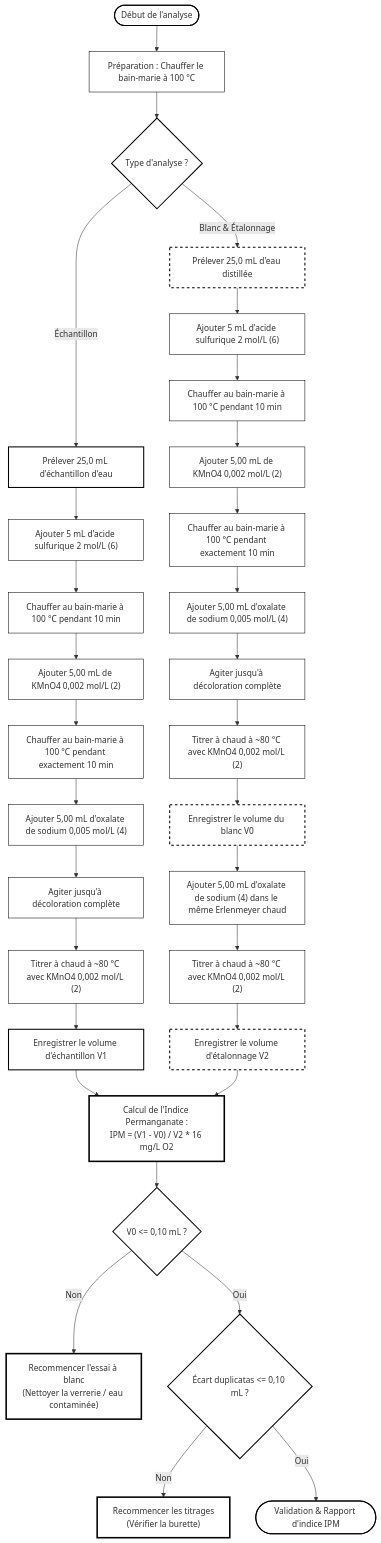
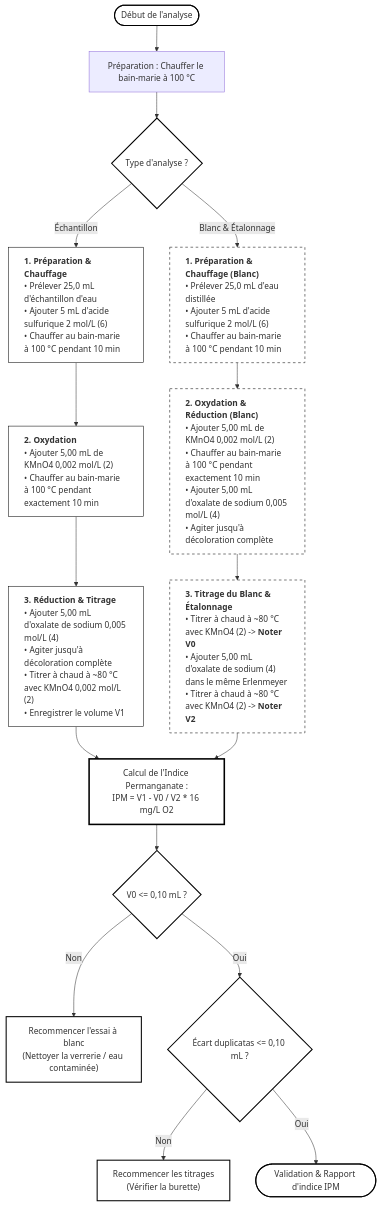
One commit to Abdssamie/Internship-PFA changed the diagram in 02_Determination_Indice_Permanganate/protocole/flowchart_permanganate.md. Above: the diagram before and after it, drawn with Mermaid. The commit also changed 5 other files, not shown here.

Commit message:
docs: add flowchart for Mohr chloride determination and update existing flowcharts/references

````diff
--- a/02_Determination_Indice_Permanganate/protocole/flowchart_permanganate.md
+++ b/02_Determination_Indice_Permanganate/protocole/flowchart_permanganate.md
@@ -5,81 +5,44 @@
 ```mermaid
 graph TD
     %% Organigramme
-    Start(["Début de l'analyse"]) --> Prep["Préparation : Chauffer le bain-marie à 100 °C"]
-    Prep --> Dispatch{"Type d'analyse ?"}
+    Start([Début de l'analyse]) --> Prep[Préparation : Chauffer le bain-marie à 100 °C]
+    Prep --> Dispatch{Type d'analyse ?}
 
     %% --- CHEMIN A : ÉCHANTILLON ---
-    Dispatch -->|Échantillon| A1["Prélever 25,0 mL d'échantillon d'eau"]
-    A1 --> A2["Ajouter 5 mL d'acide sulfurique 2 mol/L (6)"]
-    A2 --> A3["Chauffer au bain-marie à 100 °C pendant 10 min"]
-    A3 --> A4["Ajouter 5,00 mL de KMnO4 0,002 mol/L (2)"]
-    A4 --> A5["Chauffer au bain-marie à 100 °C pendant exactement 10 min"]
-    A5 --> A6["Ajouter 5,00 mL d'oxalate de sodium 0,005 mol/L (4)"]
-    A6 --> A7["Agiter jusqu'à décoloration complète"]
-    A7 --> A8["Titrer à chaud à ~80 °C avec KMnO4 0,002 mol/L (2)"]
-    A8 --> A9["Enregistrer le volume d'échantillon V1"]
+    Dispatch -->|Échantillon| A1["<b>1. Préparation & Chauffage</b><br>• Prélever 25,0 mL d'échantillon d'eau<br>• Ajouter 5 mL d'acide sulfurique 2 mol/L (6)<br>• Chauffer au bain-marie à 100 °C pendant 10 min"]
+    A1 --> A2["<b>2. Oxydation</b><br>• Ajouter 5,00 mL de KMnO4 0,002 mol/L (2)<br>• Chauffer au bain-marie à 100 °C pendant exactement 10 min"]
+    A2 --> A3["<b>3. Réduction & Titrage</b><br>• Ajouter 5,00 mL d'oxalate de sodium 0,005 mol/L (4)<br>• Agiter jusqu'à décoloration complète<br>• Titrer à chaud à ~80 °C avec KMnO4 0,002 mol/L (2)<br>• Enregistrer le volume V1"]
 
     %% --- CHEMIN B : ESSAI À BLANC & ÉTALONNAGE ---
-    Dispatch -->|Blanc & Étalonnage| B1["Prélever 25,0 mL d'eau distillée"]
-    B1 --> B2["Ajouter 5 mL d'acide sulfurique 2 mol/L (6)"]
-    B2 --> B3["Chauffer au bain-marie à 100 °C pendant 10 min"]
-    B3 --> B4["Ajouter 5,00 mL de KMnO4 0,002 mol/L (2)"]
-    B4 --> B5["Chauffer au bain-marie à 100 °C pendant exactement 10 min"]
-    B5 --> B6["Ajouter 5,00 mL d'oxalate de sodium 0,005 mol/L (4)"]
-    B6 --> B7["Agiter jusqu'à décoloration complète"]
-    B7 --> B8["Titrer à chaud à ~80 °C avec KMnO4 0,002 mol/L (2)"]
-    B8 --> B9["Enregistrer le volume du blanc V0"]
-
-    %% Étalonnage (Directement à la suite du blanc)
-    B9 --> E1["Ajouter 5,00 mL d'oxalate de sodium (4) dans le même Erlenmeyer chaud"]
-    E1 --> E2["Titrer à chaud à ~80 °C avec KMnO4 0,002 mol/L (2)"]
-    E2 --> E3["Enregistrer le volume d'étalonnage V2"]
+    Dispatch -->|Blanc & Étalonnage| B1["<b>1. Préparation & Chauffage (Blanc)</b><br>• Prélever 25,0 mL d'eau distillée<br>• Ajouter 5 mL d'acide sulfurique 2 mol/L (6)<br>• Chauffer au bain-marie à 100 °C pendant 10 min"]
+    B1 --> B2["<b>2. Oxydation & Réduction (Blanc)</b><br>• Ajouter 5,00 mL de KMnO4 0,002 mol/L (2)<br>• Chauffer au bain-marie à 100 °C pendant exactement 10 min<br>• Ajouter 5,00 mL d'oxalate de sodium 0,005 mol/L (4)<br>• Agiter jusqu'à décoloration complète"]
+    B2 --> B3["<b>3. Titrage du Blanc & Étalonnage</b><br>• Titrer à chaud à ~80 °C avec KMnO4 (2) -> <b>Noter V0</b><br>• Ajouter 5,00 mL d'oxalate de sodium (4) dans le même Erlenmeyer<br>• Titrer à chaud à ~80 °C avec KMnO4 (2) -> <b>Noter V2</b>"]
 
     %% --- CALCULS ---
-    A9 --> Calc["Calcul de l'Indice Permanganate :<br>IPM = (V1 - V0) / V2 * 16 mg/L O2"]
-    E3 --> Calc
+    A3 --> Calc[Calcul de l'Indice Permanganate :<br>IPM = V1 - V0 / V2 * 16 mg/L O2]
+    B3 --> Calc
 
     %% --- CONTRÔLE QUALITÉ ---
     Calc --> QC1{"V0 <= 0,10 mL ?"}
     QC1 -->|Non| QC_Fail_B["Recommencer l'essai à blanc<br>(Nettoyer la verrerie / eau contaminée)"]
     QC1 -->|Oui| QC2{"Écart duplicatas <= 0,10 mL ?"}
     QC2 -->|Non| QC_Fail_S["Recommencer les titrages<br>(Vérifier la burette)"]
-    QC2 -->|Oui| Final(["Validation & Rapport d'indice IPM"])
+    QC2 -->|Oui| Final([Validation & Rapport d'indice IPM])
 
-    %% Styles individuels pour compatibilité maximale (Typora / Mermaid)
+    %% Styles
     style Start fill:#fff,stroke:#000,stroke-width:2px;
     style Final fill:#fff,stroke:#000,stroke-width:2px;
-    
-    style A1 fill:#fff,stroke:#000,stroke-width:2px;
-    style A9 fill:#fff,stroke:#000,stroke-width:2px;
-    
-    style B1 fill:#fff,stroke:#000,stroke-width:2px,stroke-dasharray: 5 5;
-    style B9 fill:#fff,stroke:#000,stroke-width:2px,stroke-dasharray: 5 5;
-    style E3 fill:#fff,stroke:#000,stroke-width:2px,stroke-dasharray: 5 5;
-    
     style Dispatch fill:#fff,stroke:#000,stroke-width:2px;
     style QC1 fill:#fff,stroke:#000,stroke-width:2px;
     style QC2 fill:#fff,stroke:#000,stroke-width:2px;
+    style Calc fill:#fff,stroke:#000,stroke-width:3px;
+    style QC_Fail_B fill:#fff,stroke:#000,stroke-width:2px;
+    style QC_Fail_S fill:#fff,stroke:#000,stroke-width:2px;
     
-    style Calc fill:#fff,stroke:#000,stroke-width:3px;
-    style QC_Fail_B fill:#fff,stroke:#000,stroke-width:3px;
-    style QC_Fail_S fill:#fff,stroke:#000,stroke-width:3px;
-    
-    style Prep fill:#fff,stroke:#000,stroke-width:1px;
-    style A2 fill:#fff,stroke:#000,stroke-width:1px;
-    style A3 fill:#fff,stroke:#000,stroke-width:1px;
-    style A4 fill:#fff,stroke:#000,stroke-width:1px;
-    style A5 fill:#fff,stroke:#000,stroke-width:1px;
-    style A6 fill:#fff,stroke:#000,stroke-width:1px;
-    style A7 fill:#fff,stroke:#000,stroke-width:1px;
-    style A8 fill:#fff,stroke:#000,stroke-width:1px;
-    style B2 fill:#fff,stroke:#000,stroke-width:1px;
-    style B3 fill:#fff,stroke:#000,stroke-width:1px;
-    style B4 fill:#fff,stroke:#000,stroke-width:1px;
-    style B5 fill:#fff,stroke:#000,stroke-width:1px;
-    style B6 fill:#fff,stroke:#000,stroke-width:1px;
-    style B7 fill:#fff,stroke:#000,stroke-width:1px;
-    style B8 fill:#fff,stroke:#000,stroke-width:1px;
-    style E1 fill:#fff,stroke:#000,stroke-width:1px;
-    style E2 fill:#fff,stroke:#000,stroke-width:1px;
+    style A1 text-align:left,fill:#fff,stroke:#000;
+    style A2 text-align:left,fill:#fff,stroke:#000;
+    style A3 text-align:left,fill:#fff,stroke:#000;
+    style B1 text-align:left,fill:#fff,stroke:#000,stroke-dasharray: 5 5;
+    style B2 text-align:left,fill:#fff,stroke:#000,stroke-dasharray: 5 5;
+    style B3 text-align:left,fill:#fff,stroke:#000,stroke-dasharray: 5 5;
 ```
````
